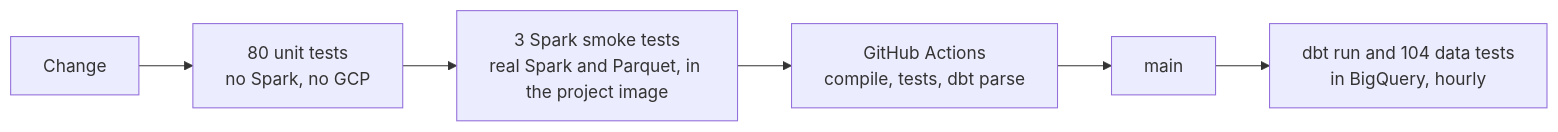
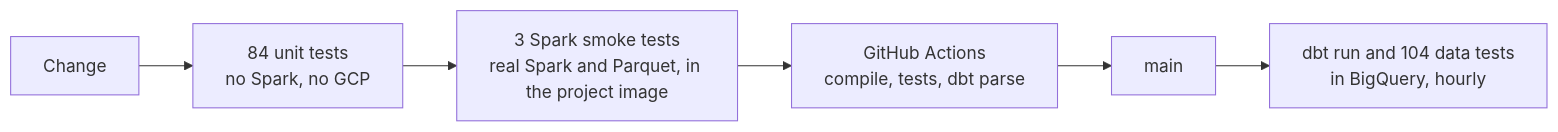
One commit to TomasRipsky/marineflow changed the fifth of 5 diagrams in README.md. Above: the diagram before and after it, drawn with Mermaid. The commit also changed other lines of this file and 10 other files, not shown here.

````diff
--- a/README.md
+++ b/README.md
@@ -428,8 +429,8 @@
 ```mermaid
 flowchart LR
-    change["Change"] --> unit["80 unit tests<br/>no Spark, no GCP"]
+    change["Change"] --> unit["84 unit tests<br/>no Spark, no GCP"]
     unit --> smoke["3 Spark smoke tests<br/>real Spark and Parquet, in the project image"]
     smoke --> ci["GitHub Actions<br/>compile, tests, dbt parse"]
     ci --> main["main"]
     main --> dbt["dbt run and 104 data tests<br/>in BigQuery, hourly"]
 ```
````
